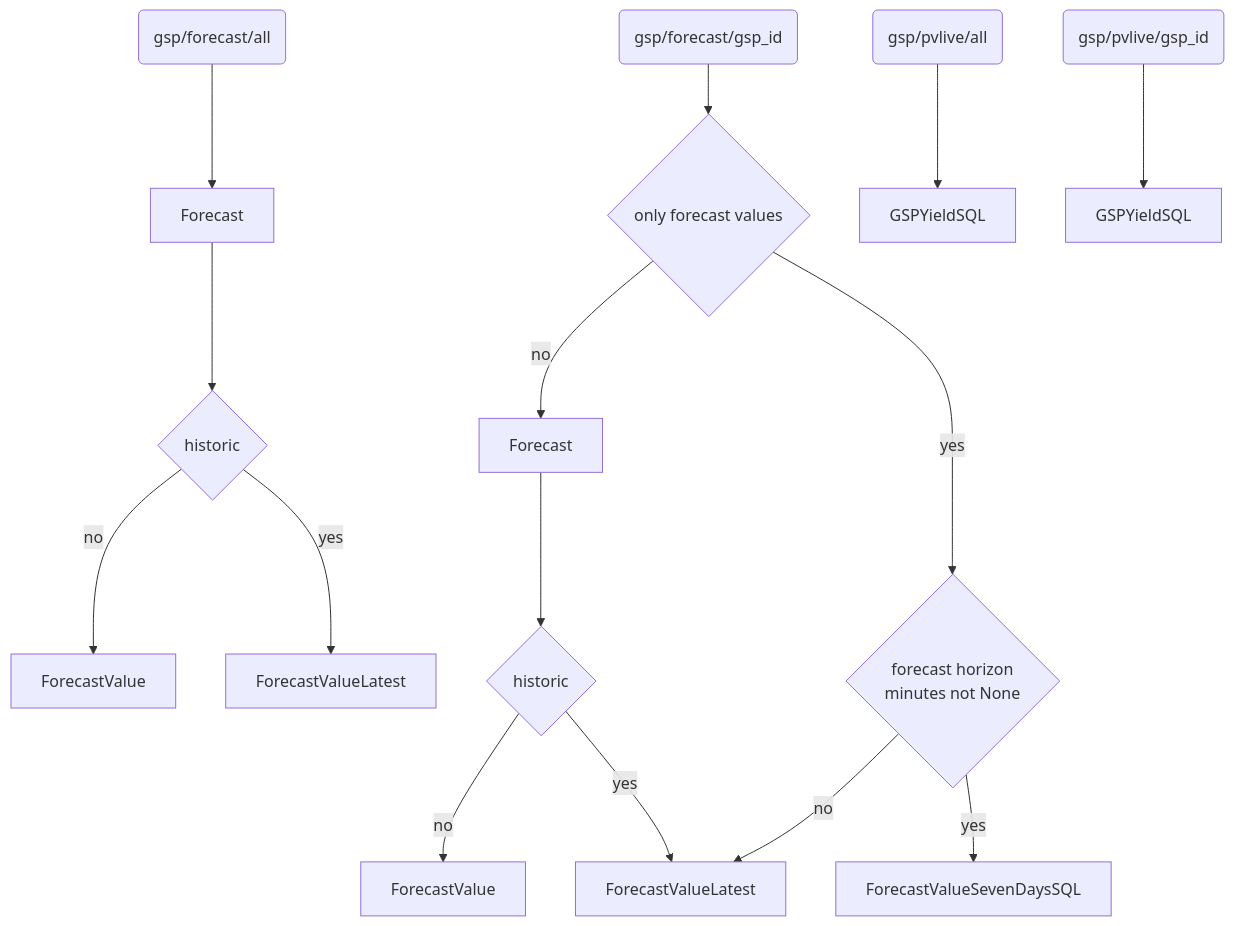
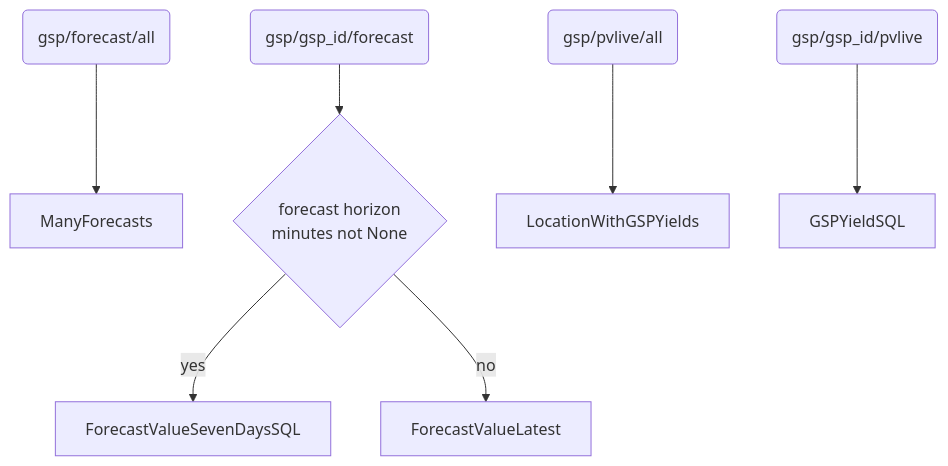
Before and after one commit to openclimatefix/uk-pv-national-gsp-api: the second of 3 diagrams in README.md, drawn with Mermaid. The commit also changed other lines of this file, not shown here.

Commit message:
update diagram

````diff
--- a/README.md
+++ b/README.md
@@ -108,25 +103,16 @@
 ```mermaid
   graph TD;
-      G1(gsp/forecast/all) -->G2;
-      G2[Forecast] -->Q1;
-      Q1{historic}
-      Q1-->|no| N3[ForecastValue];
-      Q1-->|yes| N4[ForecastValueLatest];
+      G1(gsp/forecast/all);
+      G1--> N3[ManyForecasts];
 
-      G3(gsp/forecast/gsp_id) -->Q2;
-      Q2{only forecast values} --> |no| G4
-      Q2--> |yes| Q4
-      G4[Forecast] --> Q3;
-      Q3{historic}
-      Q3-->|no| G5[ForecastValue];
-      Q3-->|yes| G6[ForecastValueLatest];
+      G3(gsp/gsp_id/forecast) -->Q4;
       Q4{forecast horizon <br> minutes not None}
       Q4-->|yes| G7[ForecastValueSevenDaysSQL];
-      Q4-->|no| G6;
+      Q4-->|no| G6[ForecastValueLatest];
 
       GP1(gsp/pvlive/all)-->GP2;
-      GP2[GSPYieldSQL];
+      GP2[LocationWithGSPYields];
 
-      GP3(gsp/pvlive/gsp_id)-->GP4;
+      GP3(gsp/gsp_id/pvlive)-->GP4;
       GP4[GSPYieldSQL];
 ```
````
